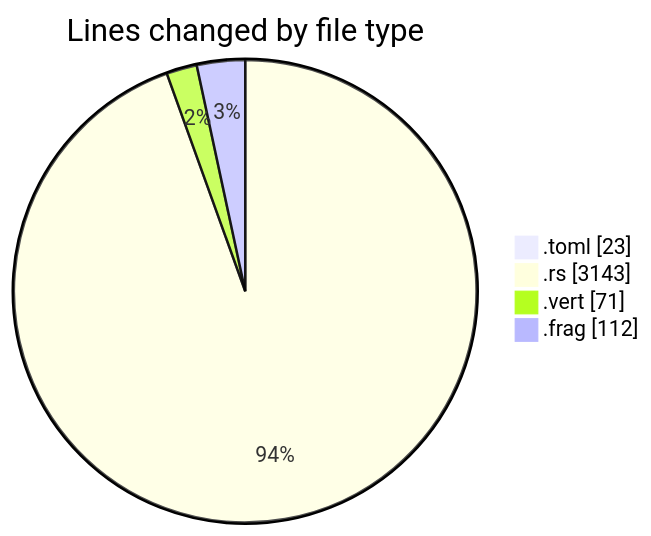
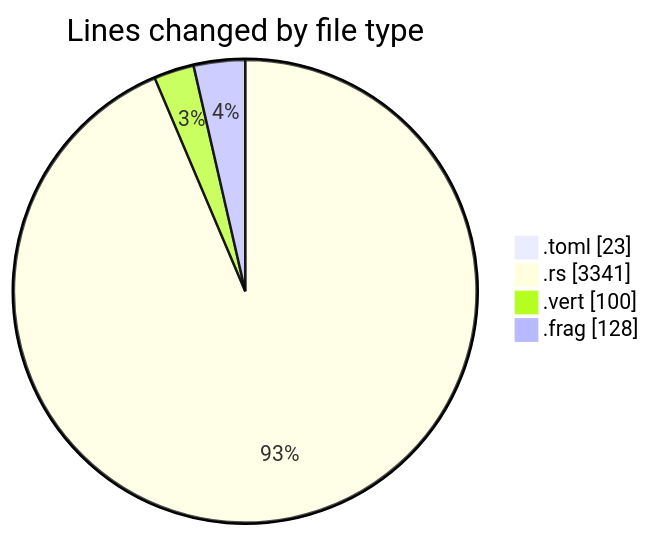
Before and after one commit to ernivani/code-tracking: the first of 2 diagrams in 2025-01-02/3drust/README.md, drawn with Mermaid. The commit also changed other lines of this file and 2 other files, not shown here.

````diff
--- a/2025-01-02/3drust/README.md
+++ b/2025-01-02/3drust/README.md
@@ -27,8 +27,8 @@
 ```mermaid
 pie showData
 title Lines changed by file type
 ".toml" : 23
-".rs" : 3143
-".vert" : 71
-".frag" : 112
+".rs" : 3341
+".vert" : 100
+".frag" : 128
 ```
````
